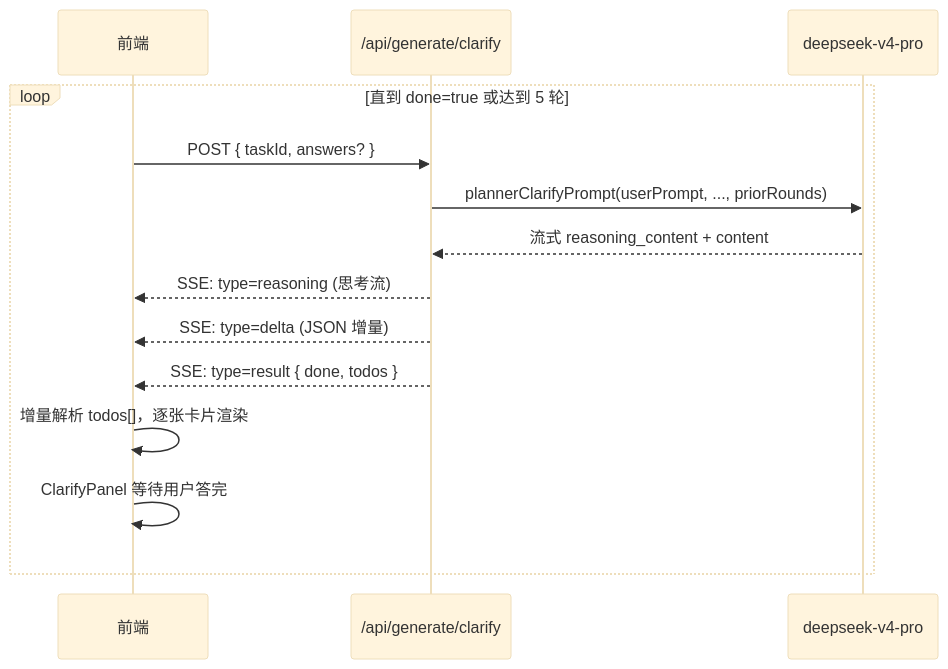
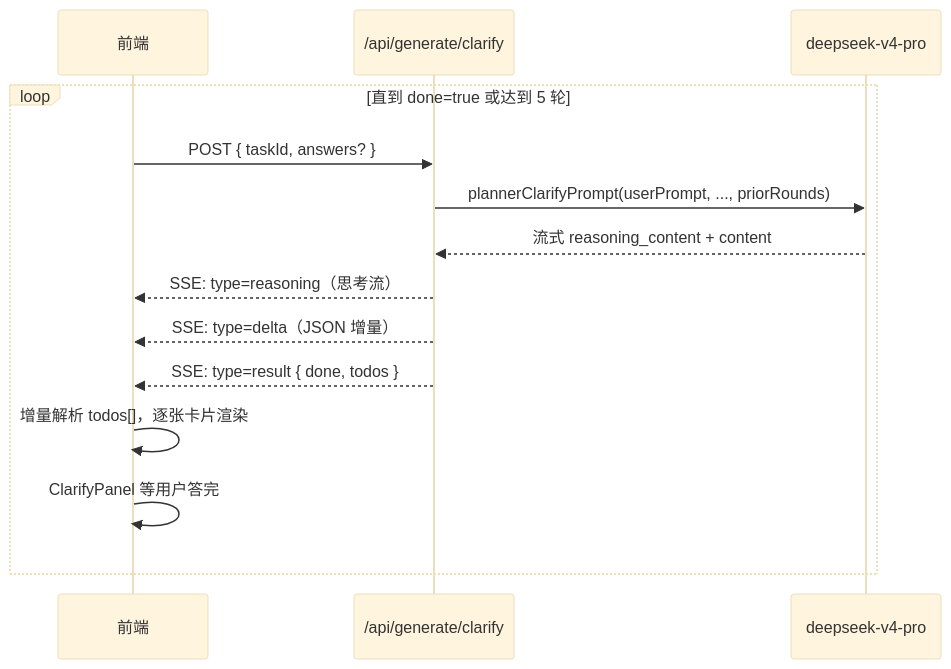
One commit to superwfox/minecraft-dev changed the second of 4 diagrams in docs/features/ai-workflow.md. Above: the diagram before and after it, drawn with Mermaid (base theme). The commit also changed other lines of this file and 19 other files, not shown here.

````diff
--- a/docs/features/ai-workflow.md
+++ b/docs/features/ai-workflow.md
@@ -72,17 +84,17 @@
 ```mermaid
 sequenceDiagram
     participant F as 前端
     participant C as /api/generate/clarify
     participant AI as deepseek-v4-pro
 
     loop 直到 done=true 或达到 5 轮
         F->>C: POST { taskId, answers? }
         C->>AI: plannerClarifyPrompt(userPrompt, ..., priorRounds)
         AI-->>C: 流式 reasoning_content + content
-        C-->>F: SSE: type=reasoning (思考流)
-        C-->>F: SSE: type=delta (JSON 增量)
+        C-->>F: SSE: type=reasoning（思考流）
+        C-->>F: SSE: type=delta（JSON 增量）
         C-->>F: SSE: type=result { done, todos }
         F->>F: 增量解析 todos[]，逐张卡片渲染
-        F->>F: ClarifyPanel 等待用户答完
+        F->>F: ClarifyPanel 等用户答完
     end
 ```
````
